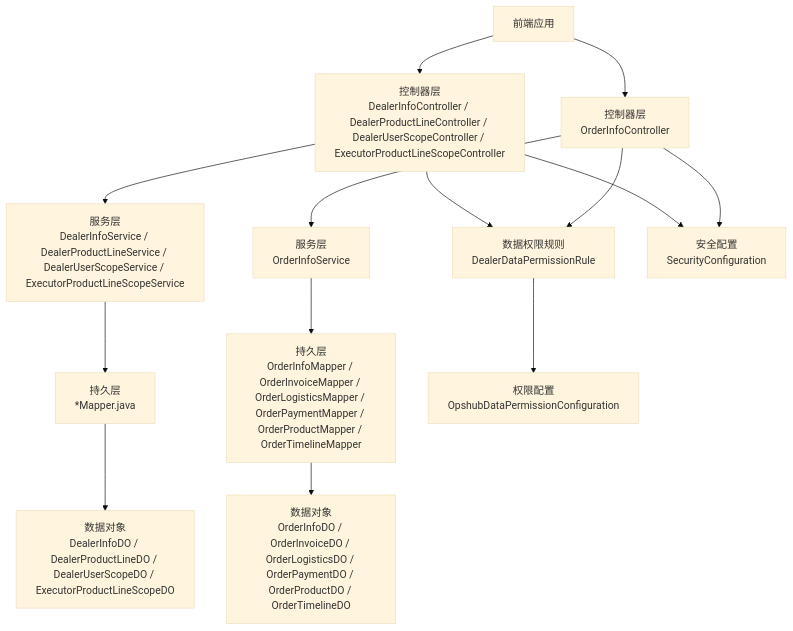
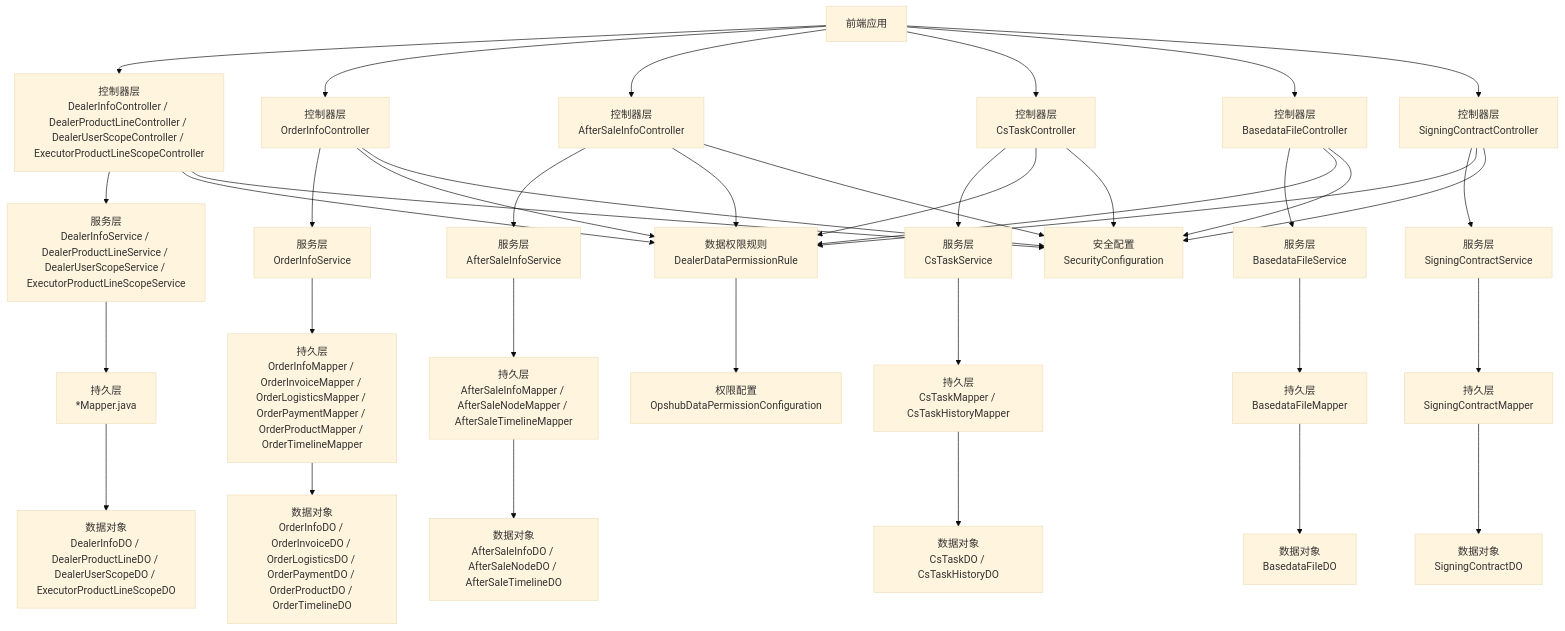
Before and after one commit to xiaoche80s-tech/rouyi-vue-pro: the second of 13 diagrams in .qoder/repowiki/zh/content/核心模块/运营中心模块/运营中心模块.md, drawn with Mermaid (base theme). The commit also changed other lines of this file and 627 other files, not shown here.

````diff
--- a/.qoder/repowiki/zh/content/核心模块/运营中心模块/运营中心模块.md
+++ b/.qoder/repowiki/zh/content/核心模块/运营中心模块/运营中心模块.md
@@ -166,16 +251,40 @@
 ```mermaid
 graph TB
 FE["前端应用"] --> CTRL1["控制器层<br/>DealerInfoController / DealerProductLineController / DealerUserScopeController / ExecutorProductLineScopeController"]
 FE --> CTRL2["控制器层<br/>OrderInfoController"]
+FE --> CTRL3["控制器层<br/>AfterSaleInfoController"]
+FE --> CTRL4["控制器层<br/>CsTaskController"]
+FE --> CTRL5["控制器层<br/>BasedataFileController"]
+FE --> CTRL6["控制器层<br/>SigningContractController"]
 CTRL1 --> SVC1["服务层<br/>DealerInfoService / DealerProductLineService / DealerUserScopeService / ExecutorProductLineScopeService"]
 CTRL2 --> SVC2["服务层<br/>OrderInfoService"]
+CTRL3 --> SVC3["服务层<br/>AfterSaleInfoService"]
+CTRL4 --> SVC4["服务层<br/>CsTaskService"]
+CTRL5 --> SVC5["服务层<br/>BasedataFileService"]
+CTRL6 --> SVC6["服务层<br/>SigningContractService"]
 SVC1 --> MAPPER1["持久层<br/>*Mapper.java"]
 SVC2 --> MAPPER2["持久层<br/>OrderInfoMapper / OrderInvoiceMapper / OrderLogisticsMapper / OrderPaymentMapper / OrderProductMapper / OrderTimelineMapper"]
+SVC3 --> MAPPER3["持久层<br/>AfterSaleInfoMapper / AfterSaleNodeMapper / AfterSaleTimelineMapper"]
+SVC4 --> MAPPER4["持久层<br/>CsTaskMapper / CsTaskHistoryMapper"]
+SVC5 --> MAPPER5["持久层<br/>BasedataFileMapper"]
+SVC6 --> MAPPER6["持久层<br/>SigningContractMapper"]
 MAPPER1 --> DO1["数据对象<br/>DealerInfoDO / DealerProductLineDO / DealerUserScopeDO / ExecutorProductLineScopeDO"]
 MAPPER2 --> DO2["数据对象<br/>OrderInfoDO / OrderInvoiceDO / OrderLogisticsDO / OrderPaymentDO / OrderProductDO / OrderTimelineDO"]
+MAPPER3 --> DO3["数据对象<br/>AfterSaleInfoDO / AfterSaleNodeDO / AfterSaleTimelineDO"]
+MAPPER4 --> DO4["数据对象<br/>CsTaskDO / CsTaskHistoryDO"]
+MAPPER5 --> DO5["数据对象<br/>BasedataFileDO"]
+MAPPER6 --> DO6["数据对象<br/>SigningContractDO"]
 CTRL1 --> DP["数据权限规则<br/>DealerDataPermissionRule"]
 CTRL2 --> DP
+CTRL3 --> DP
+CTRL4 --> DP
+CTRL5 --> DP
+CTRL6 --> DP
 DP --> CFG["权限配置<br/>OpshubDataPermissionConfiguration"]
 CTRL1 --> SEC["安全配置<br/>SecurityConfiguration"]
 CTRL2 --> SEC
+CTRL3 --> SEC
+CTRL4 --> SEC
+CTRL5 --> SEC
+CTRL6 --> SEC
 ```
````
